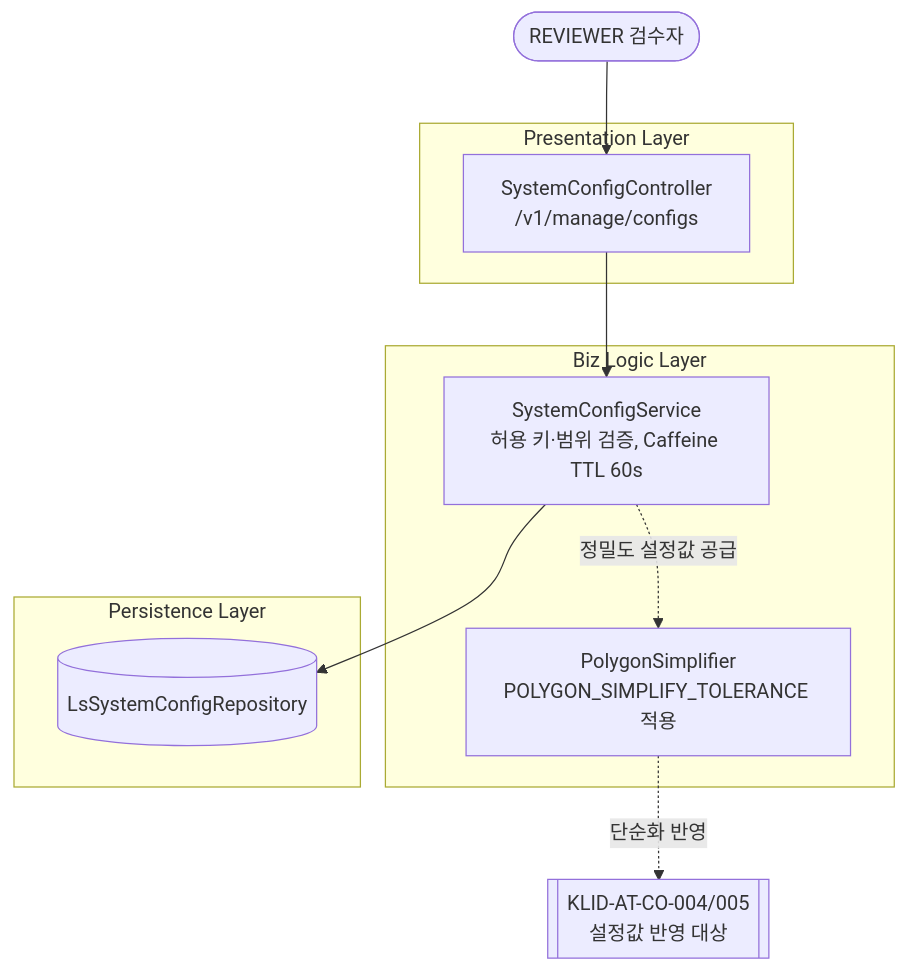
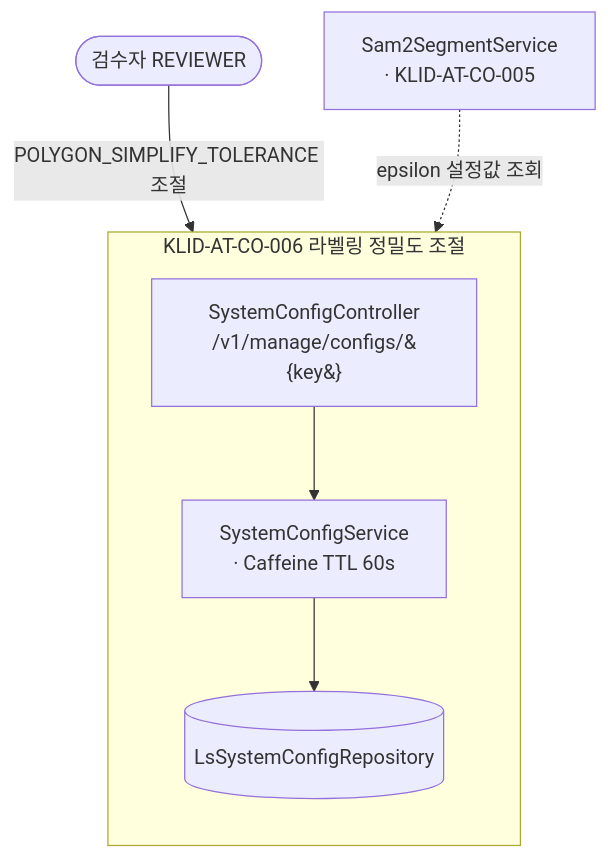
Before and after one commit to New-stella/klid-label: the sixth of 13 diagrams in docs/design/D3-컴포넌트설계서.md, drawn with Mermaid. The commit also changed other lines of this file and 6 other files, not shown here.

````diff
--- a/docs/design/D3-컴포넌트설계서.md
+++ b/docs/design/D3-컴포넌트설계서.md
@@ -230,22 +161,15 @@
 ```mermaid
-flowchart TB
-  REVIEWER([REVIEWER 검수자])
-  CO004[["KLID-AT-CO-004/005<br/>설정값 반영 대상"]]
-
-  subgraph Presentation [Presentation Layer]
-    CfgCtrl[SystemConfigController<br/>/v1/manage/configs]
-  end
-  subgraph Biz [Biz Logic Layer]
-    CfgSvc[SystemConfigService<br/>허용 키·범위 검증, Caffeine TTL 60s]
-    PolySimp[PolygonSimplifier<br/>POLYGON_SIMPLIFY_TOLERANCE 적용]
-  end
-  subgraph Persistence [Persistence Layer]
-    CfgRepo[(LsSystemConfigRepository)]
-  end
-
-  REVIEWER --> CfgCtrl
-  CfgCtrl --> CfgSvc
-  CfgSvc --> CfgRepo
-  CfgSvc -.정밀도 설정값 공급.-> PolySimp
-  PolySimp -.단순화 반영.-> CO004
+flowchart TD
+    REVIEWER([검수자 REVIEWER])
+    subgraph CO006[KLID-AT-CO-006 라벨링 정밀도 조절]
+        direction TB
+        SCC[SystemConfigController<br/>/v1/manage/configs/&#123;key&#125;]
+        SCS[SystemConfigService<br/>· Caffeine TTL 60s]
+        LSC[(LsSystemConfigRepository)]
+        SCC --> SCS
+        SCS --> LSC
+    end
+    SSS[Sam2SegmentService<br/>· KLID-AT-CO-005]
+    REVIEWER -->|POLYGON_SIMPLIFY_TOLERANCE 조절| SCC
+    SSS -.->|epsilon 설정값 조회| SCS
 ```
````
